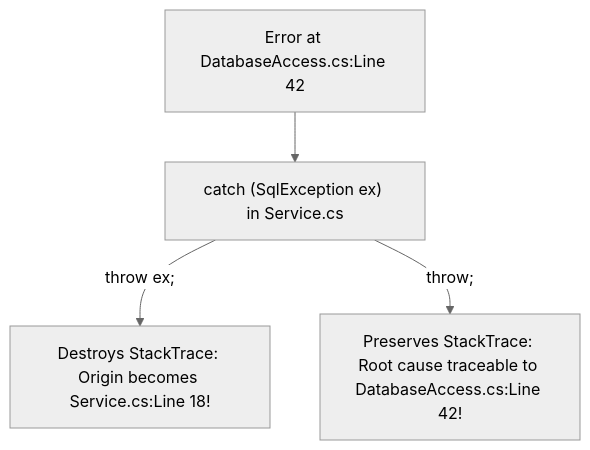
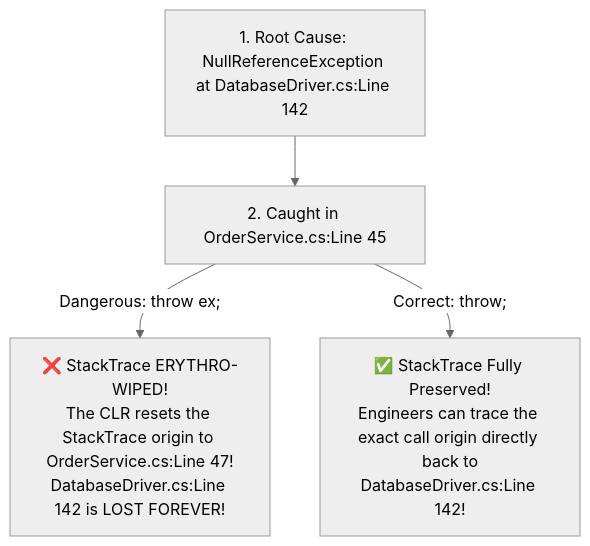
Before and after one commit to Singhkunall/Csharp-learning: the first of 2 diagrams in Main/Topics/14_ExceptionHandling/README.md, drawn with Mermaid (neutral theme). The commit also changed other lines of this file and 9 other files, not shown here.

Commit message:
Enhance: In-depth story-driven theory, architecture diagrams, and comprehensive code for Phases 3 & 4 (Topics 11-15)

````diff
--- a/Main/Topics/14_ExceptionHandling/README.md
+++ b/Main/Topics/14_ExceptionHandling/README.md
@@ -19,6 +24,8 @@
 ```mermaid
 flowchart TD
-    Origin["Error at DatabaseAccess.cs:Line 42"] --> CatchBlock["catch (SqlException ex) in Service.cs"]
-    CatchBlock -->|"throw ex;"| Destroyed["Destroys StackTrace: Origin becomes Service.cs:Line 18!"]
-    CatchBlock -->|"throw;"| Preserved["Preserves StackTrace: Root cause traceable to DatabaseAccess.cs:Line 42!"]
+    Bug["1. Root Cause: NullReferenceException at DatabaseDriver.cs:Line 142"] --> ServiceCatch["2. Caught in OrderService.cs:Line 45"]
+    
+    ServiceCatch -->|"Dangerous: throw ex;"| Tampered["❌ StackTrace ERYTHRO-WIPED!<br/>The CLR resets the StackTrace origin to OrderService.cs:Line 47!<br/>DatabaseDriver.cs:Line 142 is LOST FOREVER!"]
+    
+    ServiceCatch -->|"Correct: throw;"| Preserved["✅ StackTrace Fully Preserved!<br/>Engineers can trace the exact call origin directly back to<br/>DatabaseDriver.cs:Line 142!"]
 ```
````
